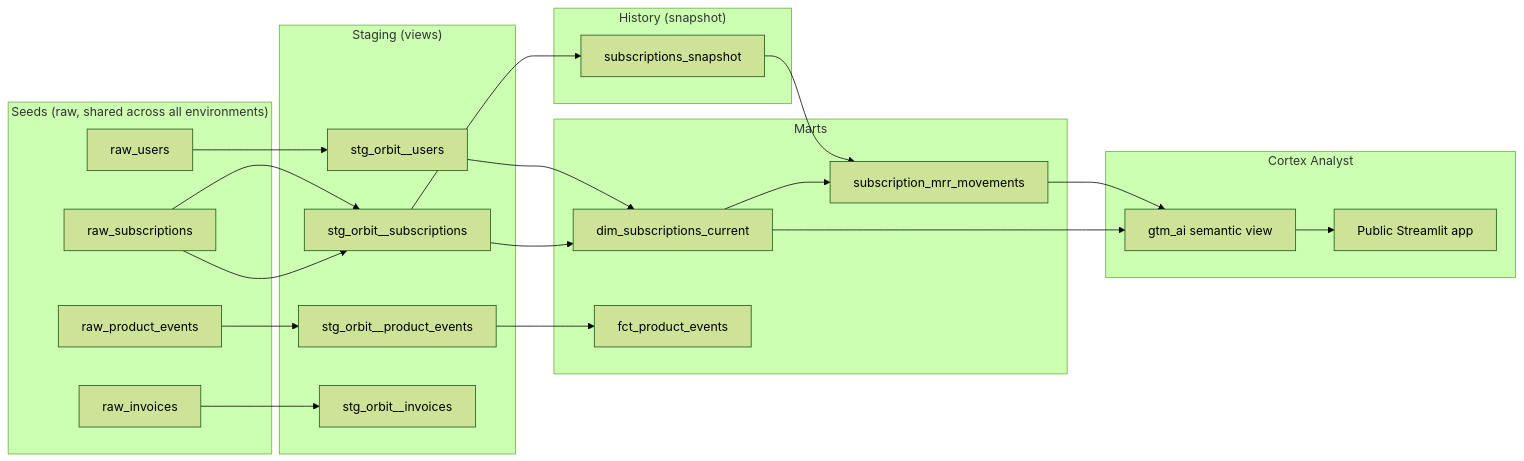
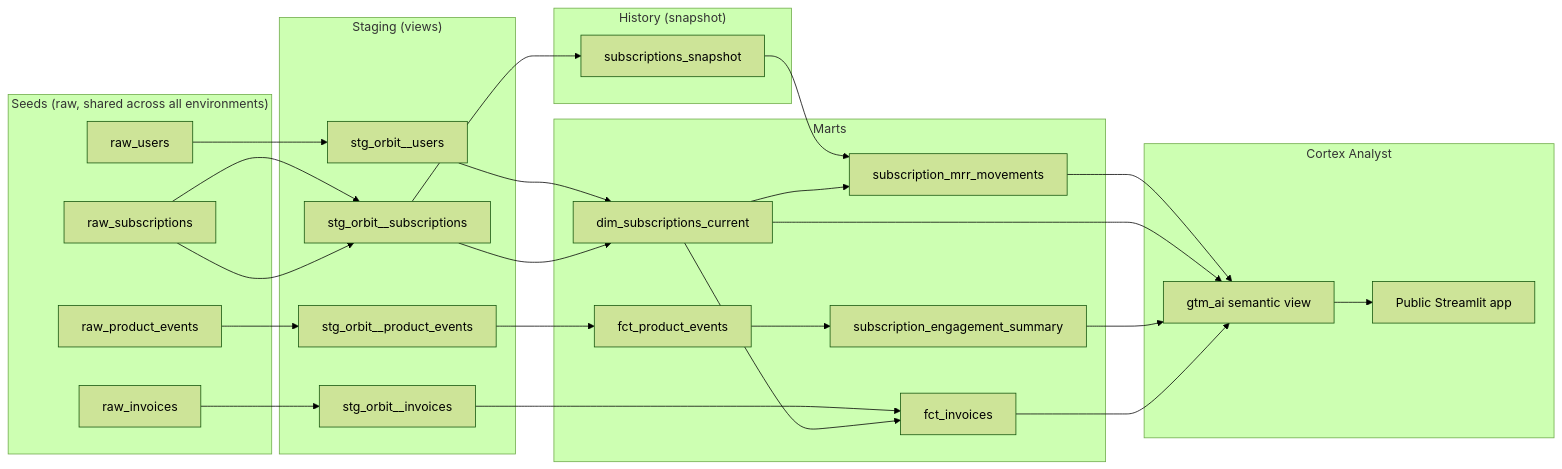
The diagram in README.md (bluelion1999/SaaS_subscription_analytics_dbt), drawn with Mermaid (forest theme) before and after one commit. The commit also changed other lines of this file and 2 other files, not shown here.

````diff
--- a/README.md
+++ b/README.md
@@ -15,43 +15,50 @@
 ```mermaid
 graph LR
     subgraph Raw["Seeds (raw, shared across all environments)"]
         RU[raw_users]
         RS[raw_subscriptions]
         RE[raw_product_events]
         RI[raw_invoices]
     end
 
     subgraph Staging["Staging (views)"]
         SU[stg_orbit__users]
         SS[stg_orbit__subscriptions]
         SE[stg_orbit__product_events]
         SI[stg_orbit__invoices]
     end
 
     subgraph History["History (snapshot)"]
         SNAP[subscriptions_snapshot]
     end
 
     subgraph Marts["Marts"]
         DSC[dim_subscriptions_current]
         FPE[fct_product_events]
         MRR[subscription_mrr_movements]
+        ENG[subscription_engagement_summary]
+        INV[fct_invoices]
     end
 
     subgraph AI["Cortex Analyst"]
         SEM[gtm_ai semantic view]
         APP[Public Streamlit app]
     end
 
     RU --> SU --> DSC
     RS --> SS --> DSC
     RS --> SS --> SNAP
     RE --> SE --> FPE
-    RI --> SI
+    RI --> SI --> INV
 
     SNAP --> MRR
     DSC --> MRR
+    DSC --> INV
+    FPE --> ENG
+
     MRR --> SEM
     DSC --> SEM
+    ENG --> SEM
+    INV --> SEM
     SEM --> APP
 ```
````
